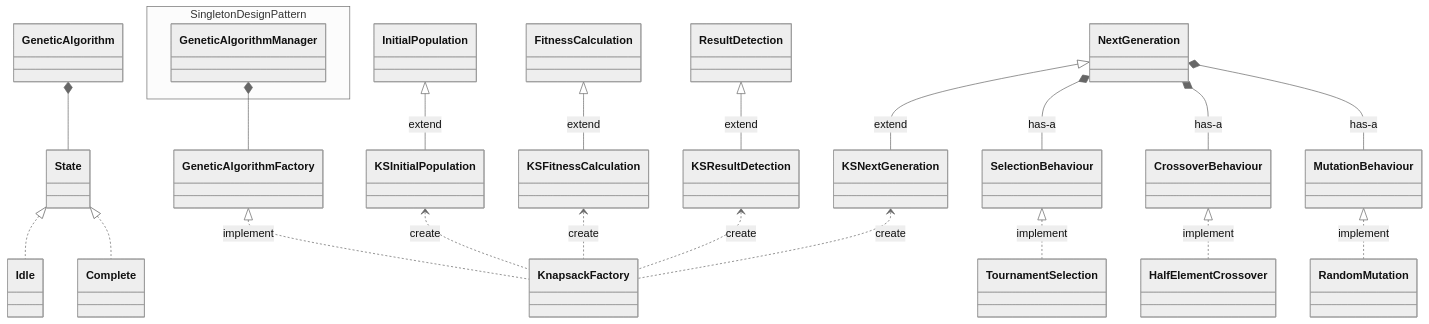
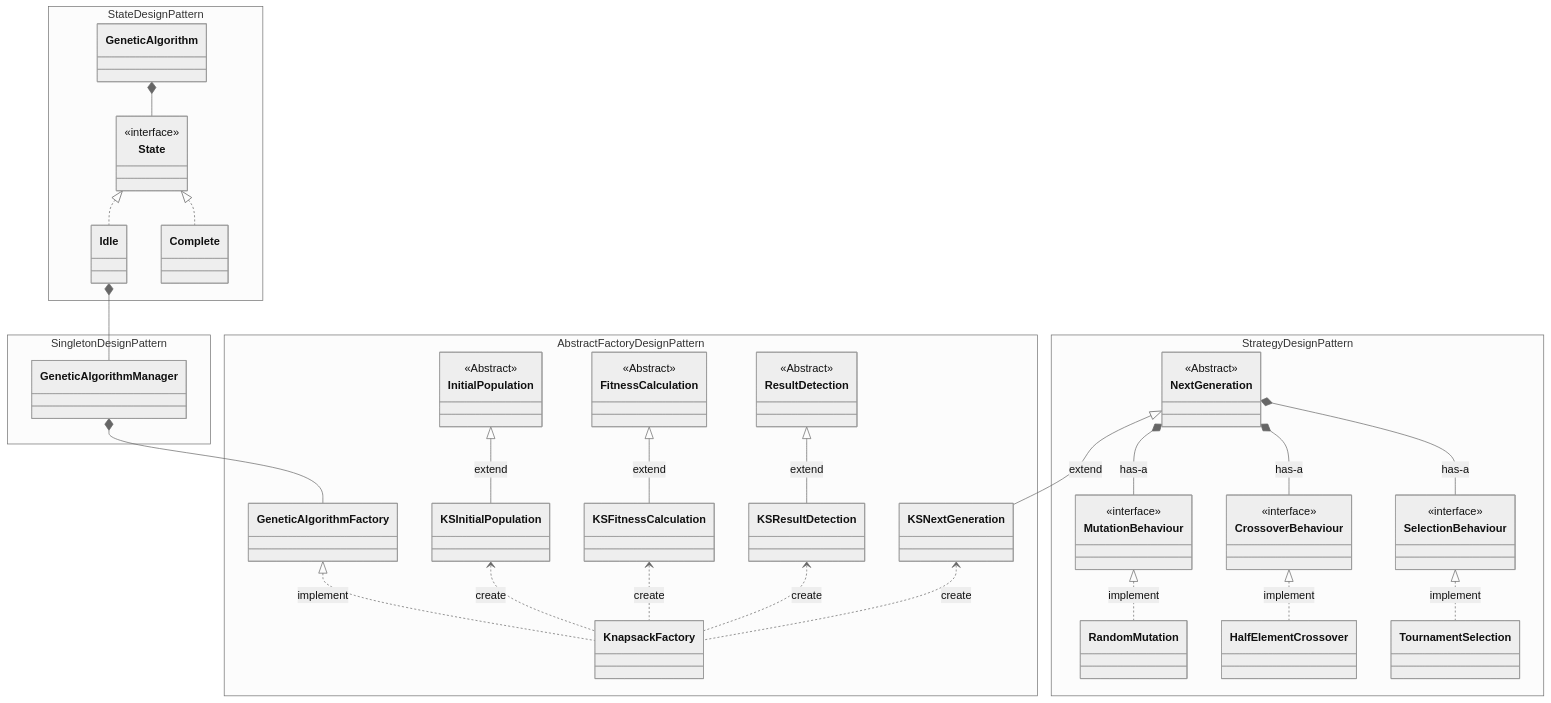
The diagram in systemDesign/classDiagram.md (atagunay/knapsack), drawn with Mermaid (neutral theme) before and after one commit. The commit also changed 76 other files, not shown here.

````diff
--- a/systemDesign/classDiagram.md
+++ b/systemDesign/classDiagram.md
@@ -7,7 +7,7 @@
     State <|.. Idle
     State <|.. Complete
     GeneticAlgorithm *-- State
-    
+    Idle *-- GeneticAlgorithmManager
     GeneticAlgorithmFactory <|.. KnapsackFactory: implement
     InitialPopulation <|-- KSInitialPopulation: extend
     FitnessCalculation <|-- KSFitnessCalculation: extend
@@ -25,8 +25,66 @@
     CrossoverBehaviour <|.. HalfElementCrossover: implement
     SelectionBehaviour <|.. TournamentSelection: implement
 
-    
-namespace Singleton Design Pattern {
-    class GeneticAlgorithmManager
-}
+    namespace State Design Pattern {
+        class GeneticAlgorithm
+        class Idle
+        class Complete
+        
+        class State {
+            <<interface>>
+        }
+    }
+
+%% Use inner class with Bill Pugh Method
+    namespace Singleton Design Pattern {
+        class GeneticAlgorithmManager
+    }
+
+    namespace Abstract Factory Design Pattern {
+        class GeneticAlgorithmFactory
+        class KnapsackFactory
+        class KSInitialPopulation
+        class KSFitnessCalculation
+        class KSNextGeneration
+        class KSResultDetection
+
+        class ResultDetection {
+            <<Abstract>>
+        }
+
+        class InitialPopulation {
+            <<Abstract>>
+        }
+
+        class FitnessCalculation {
+            <<Abstract>>
+        }
+    }
+
+    namespace Strategy Design Pattern {
+        class NextGeneration {
+            <<Abstract>>
+        }
+
+        class SelectionBehaviour {
+            <<interface>>
+        }
+
+        class CrossoverBehaviour {
+            <<interface>>
+        }
+
+        class MutationBehaviour {
+            <<interface>>
+        }
+
+        class RandomMutation {
+        }
+
+        class HalfElementCrossover 
+        
+
+        class TournamentSelection 
+        
+    }
 ```
````
